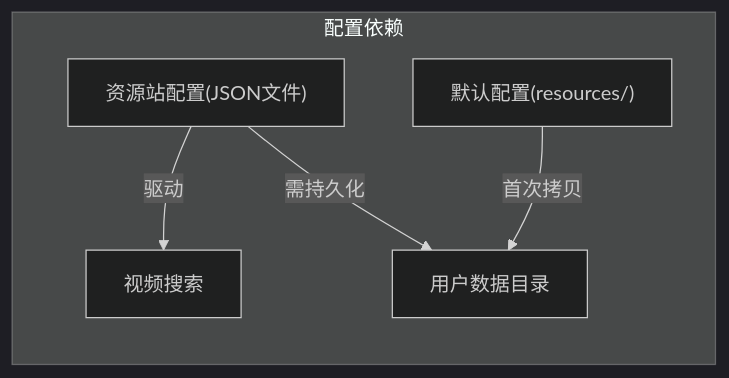
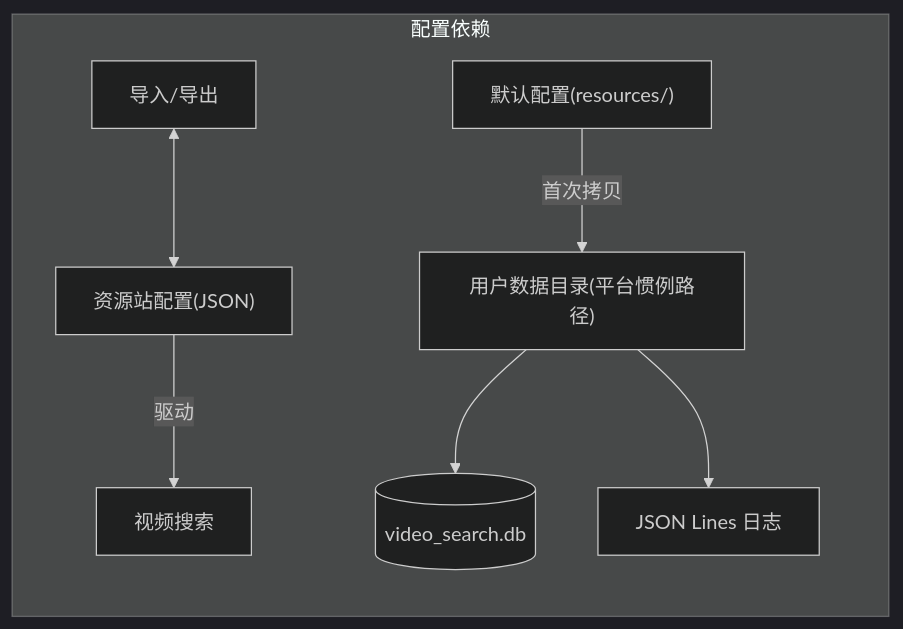
Before and after one commit to ddll8023/LocalVideoSearch: the third of 4 diagrams in doc/模块说明文档.md, drawn with Mermaid (dark theme). The commit also changed other lines of this file and 64 other files, not shown here.

````diff
--- a/doc/模块说明文档.md
+++ b/doc/模块说明文档.md
@@ -271,8 +276,10 @@
 ```mermaid
 flowchart LR
     subgraph 配置依赖
-        Config["资源站配置(JSON文件)"] -->|驱动| Search["视频搜索"]
-        Config -->|需持久化| UserData["用户数据目录"]
-        DefaultConfig["默认配置(resources/)"] -->|首次拷贝| UserData
+        Config["资源站配置(JSON)"] -->|驱动| Search["视频搜索"]
+        DefaultConfig["默认配置(resources/)"] -->|首次拷贝| UserData["用户数据目录(平台惯例路径)"]
+        ImportExport["导入/导出"] <--> Config
+        UserData --> DB[("video_search.db")]
+        UserData --> Logs["JSON Lines 日志"]
     end
 ```
````
